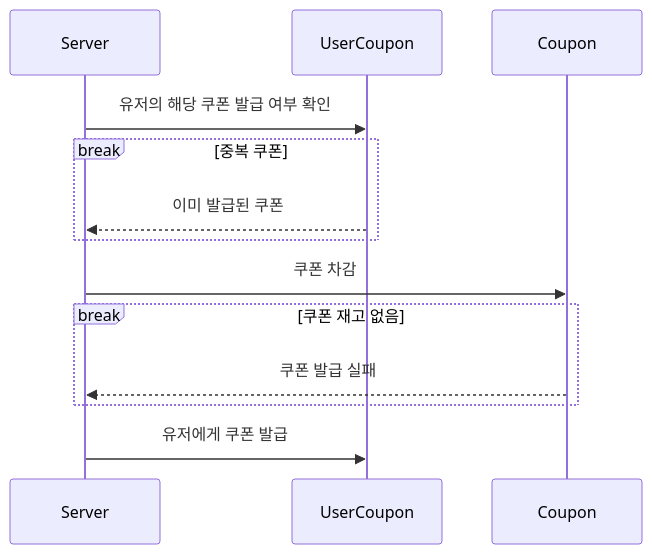
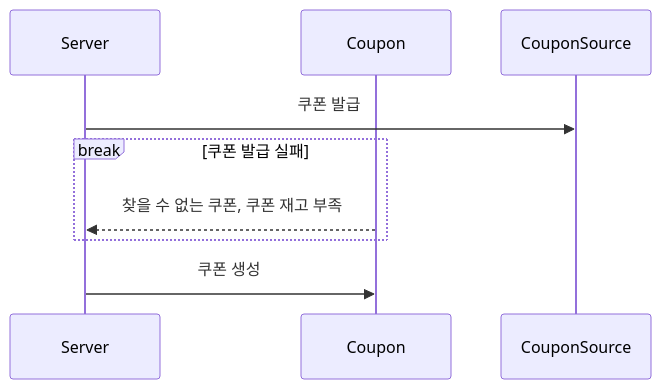
Before and after one commit to alert-kim/e-commerce: the first of 3 diagrams in docs/specs/coupon.md, drawn with Mermaid. The commit also changed other lines of this file and 14 other files, not shown here.

````diff
--- a/docs/specs/coupon.md
+++ b/docs/specs/coupon.md
@@ -7,17 +7,13 @@
 ```mermaid
 sequenceDiagram
     participant Server
-    participant UserCoupon
     participant Coupon
-    Server ->> UserCoupon: 유저의 해당 쿠폰 발급 여부 확인
-    break 중복 쿠폰
-        UserCoupon -->> Server: 이미 발급된 쿠폰
+    participant CouponSource
+
+    Server ->> CouponSource: 쿠폰 발급
+    break 쿠폰 발급 실패
+        Coupon -->> Server: 찾을 수 없는 쿠폰, 쿠폰 재고 부족
     end
 
-    Server ->> Coupon: 쿠폰 차감
-    break 쿠폰 재고 없음
-        Coupon -->> Server: 쿠폰 발급 실패
-    end
-
-    Server ->> UserCoupon: 유저에게 쿠폰 발급
+    Server ->> Coupon: 쿠폰 생성
 ```
````
